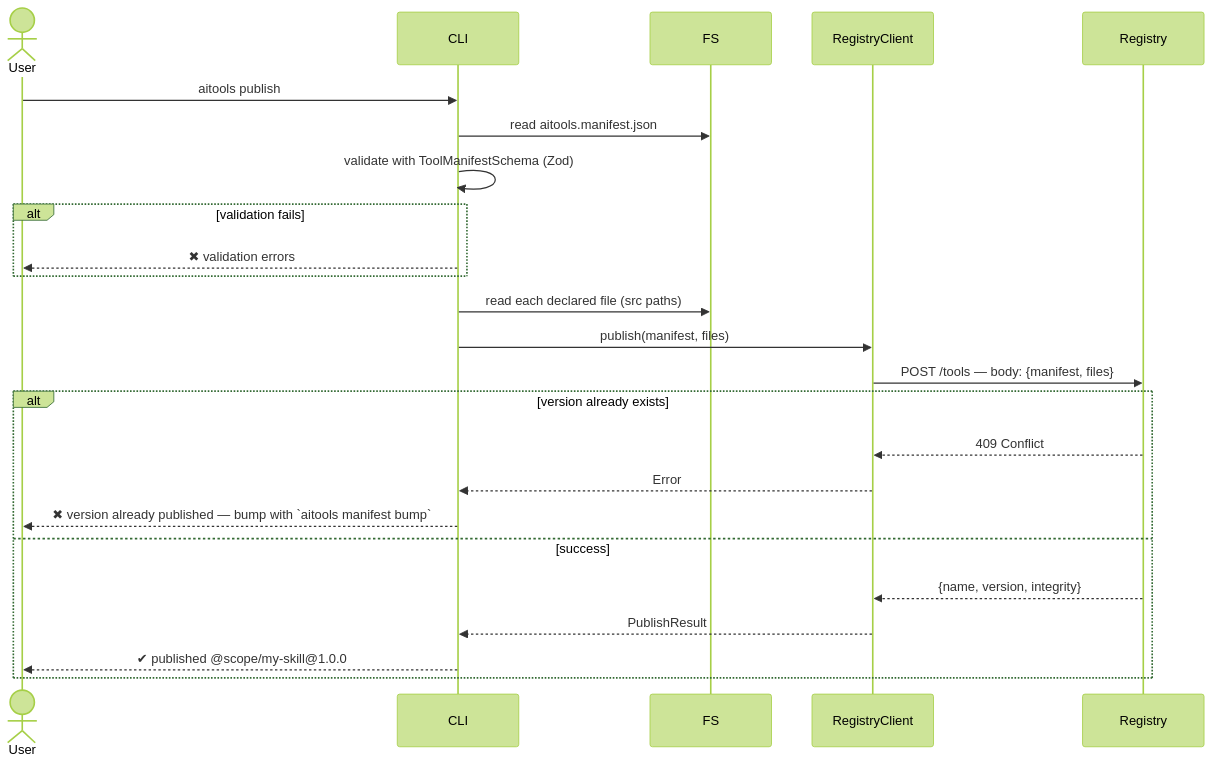
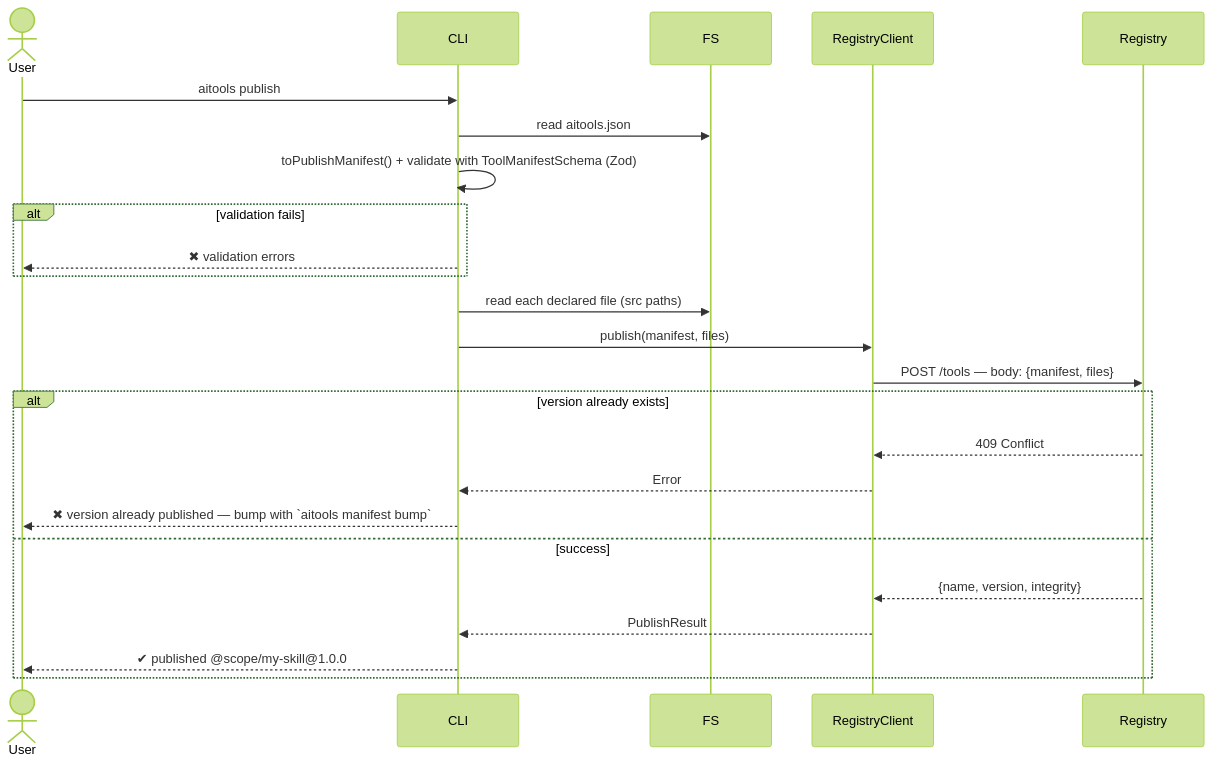
Before and after one commit to bitgenetics/aitools: the third of 6 diagrams in docs/design/flows.md, drawn with Mermaid (forest theme). The commit also changed other lines of this file and 28 other files, not shown here.

````diff
--- a/docs/design/flows.md
+++ b/docs/design/flows.md
@@ -103,30 +103,30 @@
 ```mermaid
 sequenceDiagram
     actor User
     participant CLI
     participant FS
     participant RegistryClient
     participant Registry
 
     User->>CLI: aitools publish
-    CLI->>FS: read aitools.manifest.json
-    CLI->>CLI: validate with ToolManifestSchema (Zod)
+    CLI->>FS: read aitools.json
+    CLI->>CLI: toPublishManifest() + validate with ToolManifestSchema (Zod)
 
     alt validation fails
         CLI-->>User: ✖ validation errors
     end
 
     CLI->>FS: read each declared file (src paths)
     CLI->>RegistryClient: publish(manifest, files)
     RegistryClient->>Registry: POST /tools — body: {manifest, files}
 
     alt version already exists
         Registry-->>RegistryClient: 409 Conflict
         RegistryClient-->>CLI: Error
         CLI-->>User: ✖ version already published — bump with `aitools manifest bump`
     else success
         Registry-->>RegistryClient: {name, version, integrity}
         RegistryClient-->>CLI: PublishResult
         CLI-->>User: ✔ published @scope/my-skill@1.0.0
     end
 ```
````
